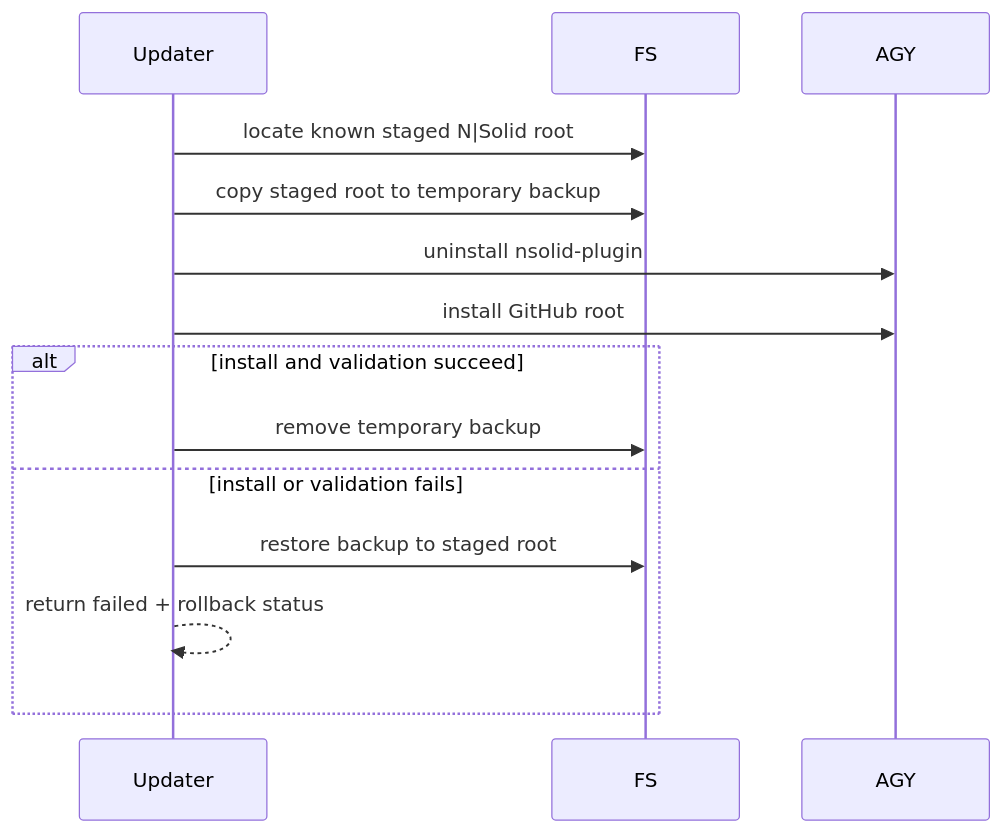
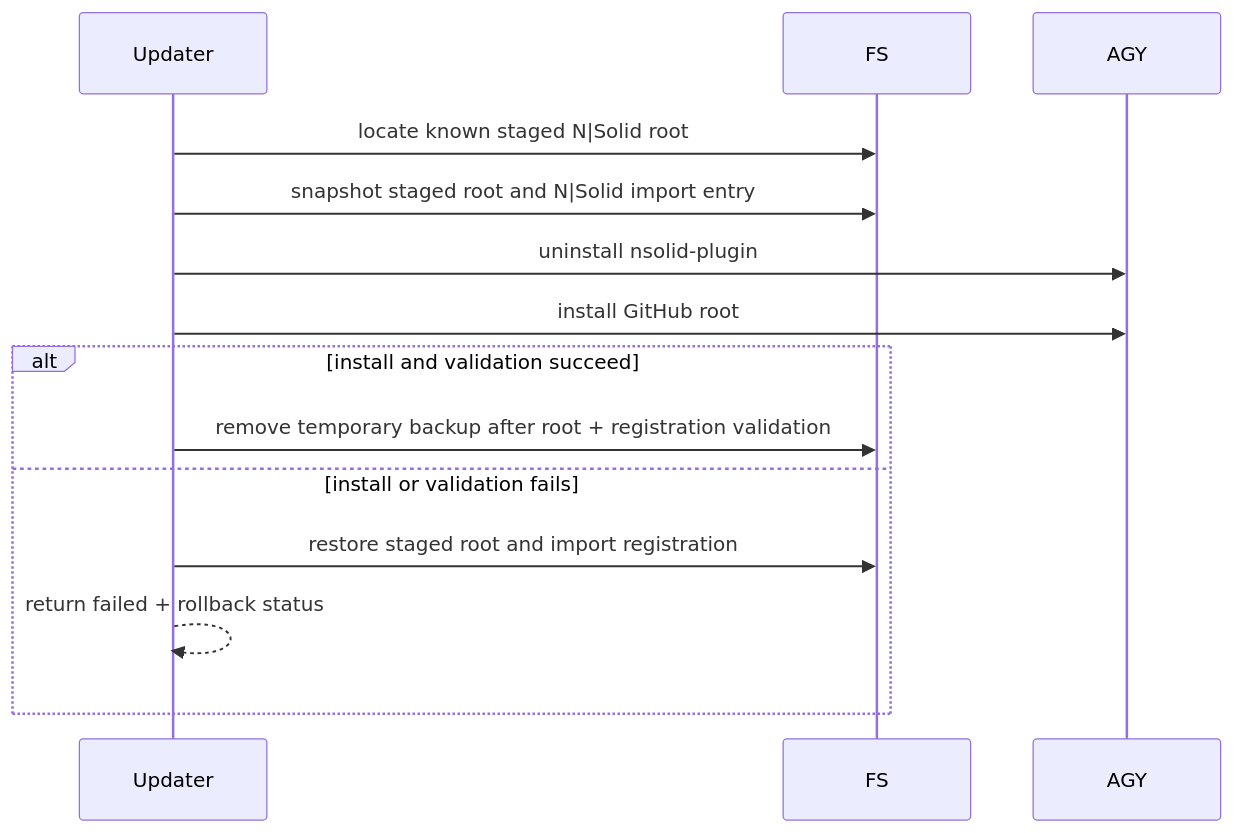
The third of 4 diagrams in openspec/changes/add-update-flow/design.md (nodesource/nsolid-plugin), drawn with Mermaid before and after one commit. The commit also changed other lines of this file and 3 other files, not shown here.

First line of the commit message:
docs(openspec): harden add-update-flow contracts

````diff
--- a/openspec/changes/add-update-flow/design.md
+++ b/openspec/changes/add-update-flow/design.md
@@ -313,17 +376,17 @@
 ```mermaid
 sequenceDiagram
     participant Updater
     participant FS
     participant AGY
 
     Updater->>FS: locate known staged N|Solid root
-    Updater->>FS: copy staged root to temporary backup
+    Updater->>FS: snapshot staged root and N|Solid import entry
     Updater->>AGY: uninstall nsolid-plugin
     Updater->>AGY: install GitHub root
     alt install and validation succeed
-        Updater->>FS: remove temporary backup
+        Updater->>FS: remove temporary backup after root + registration validation
     else install or validation fails
-        Updater->>FS: restore backup to staged root
+        Updater->>FS: restore staged root and import registration
         Updater-->>Updater: return failed + rollback status
     end
 ```
````
